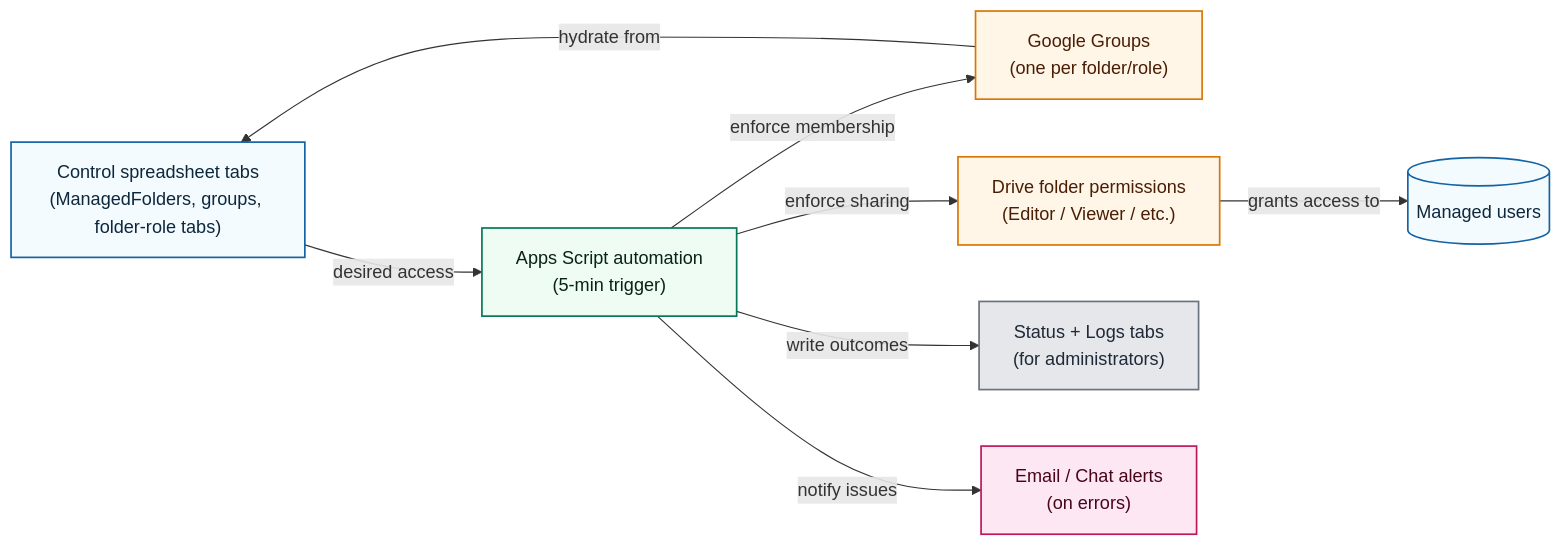
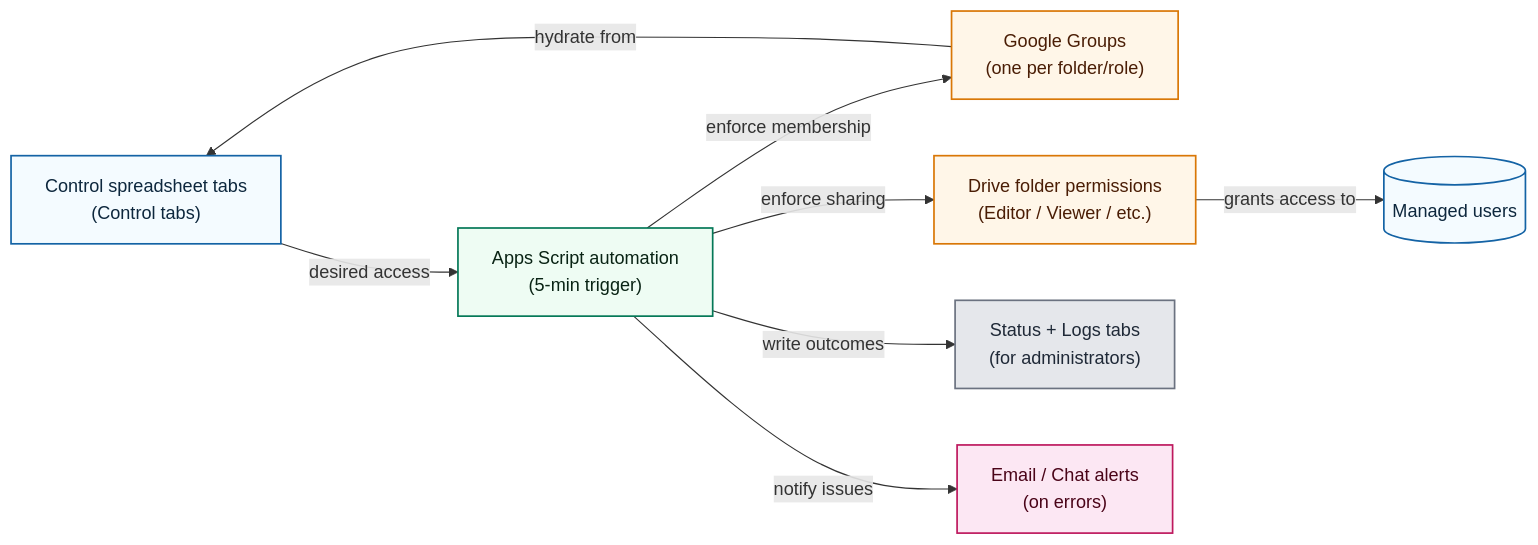
One commit to davidf9999/gdrive_permissions1 changed the diagram in README.md. Above: the diagram before and after it, drawn with Mermaid. The commit also changed 1 other file, not shown here.

Commit message:
docs: Fix Mermaid diagram rendering in README
Replaced the newline character '\n' with a '<br>' tag in the
Control Spreadsheet node definition within the README.md Mermaid diagram.

This is a workaround for a GitHub Markdown rendering issue where
was being displayed literally instead of creating a line break, causing
text to be truncated.

````diff
--- a/README.md
+++ b/README.md
@@ -62,27 +62,27 @@
 ```mermaid
 flowchart LR
-  Control["Control spreadsheet tabs\n(ManagedFolders, groups, folder-role tabs)"]
-  Script["Apps Script automation\n(5-min trigger)"]
-  Groups["Google Groups\n(one per folder/role)"]
-  Drive["Drive folder permissions\n(Editor / Viewer / etc.)"]
-  Status["Status + Logs tabs\n(for administrators)"]
-  Alerts["Email / Chat alerts\n(on errors)"]
+  Control["Control spreadsheet tabs<br>(Control tabs)"]
+  Script["Apps Script automation<br>(5-min trigger)"]
+  Groups["Google Groups<br>(one per folder/role)"]
+  Drive["Drive folder permissions<br>(Editor / Viewer / etc.)"]
+  Status["Status + Logs tabs<br>(for administrators)"]
+  Alerts["Email / Chat alerts<br>(on errors)"]
 
   Control -- desired access --> Script
   Script -- enforce membership --> Groups
   Script -- enforce sharing --> Drive
   Groups -- hydrate from --> Control
   Drive -- grants access to --> Users[(Managed users)]
   Script -- write outcomes --> Status
   Script -- notify issues --> Alerts
 
   classDef default fill:#f4fbff,stroke:#1463a5,stroke-width:1.5px,color:#0d273d;
   classDef script fill:#eefcf3,stroke:#047857,color:#092314;
   classDef ws fill:#fff6e8,stroke:#d97706,color:#4a1d05;
   classDef status fill:#e5e7eb,stroke:#6b7280,color:#1f2937;
   classDef alerts fill:#fce7f3,stroke:#be185d,color:#4a0418;
   class Script script;
   class Groups,Drive ws;
   class Status status;
   class Alerts alerts;
 ```
````
